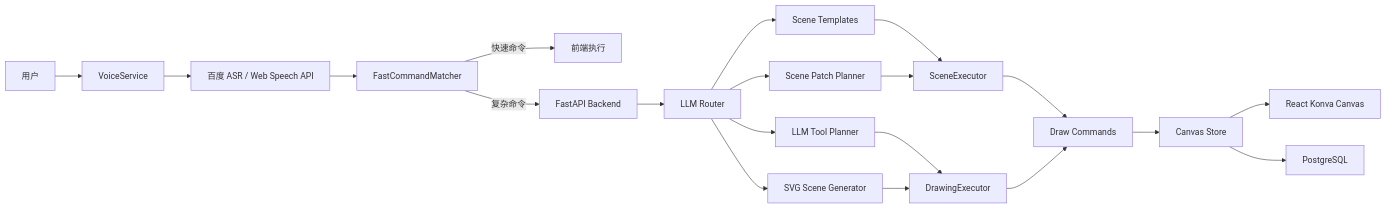
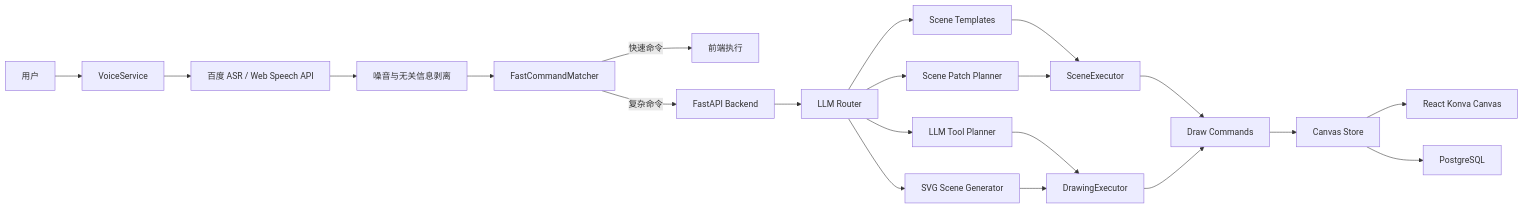
The second of 2 diagrams in README.md (bird07717/voice-canvas), drawn with Mermaid before and after one commit. The commit also changed other lines of this file and 1 other file, not shown here.

````diff
--- a/README.md
+++ b/README.md
@@ -196,28 +202,29 @@
 ```mermaid
 flowchart LR
     U["用户"] --> V["VoiceService"]
 
     V --> ASR["百度 ASR / Web Speech API"]
-    ASR --> FCM["FastCommandMatcher"]
+    ASR --> Clean["噪音与无关信息剥离"]
+    Clean --> FCM["FastCommandMatcher"]
 
     FCM -->|快速命令| FE["前端执行"]
     FCM -->|复杂命令| API["FastAPI Backend"]
 
     API --> Router["LLM Router"]
     Router --> Template["Scene Templates"]
     Router --> Patch["Scene Patch Planner"]
     Router --> Tool["LLM Tool Planner"]
     Router --> SVG["SVG Scene Generator"]
 
     Template --> Executor["SceneExecutor"]
     Patch --> Executor
     Tool --> Drawing["DrawingExecutor"]
     SVG --> Drawing
 
     Executor --> Commands["Draw Commands"]
     Drawing --> Commands
 
     Commands --> Store["Canvas Store"]
     Store --> Konva["React Konva Canvas"]
     Store --> DB["PostgreSQL"]
 ```
````
